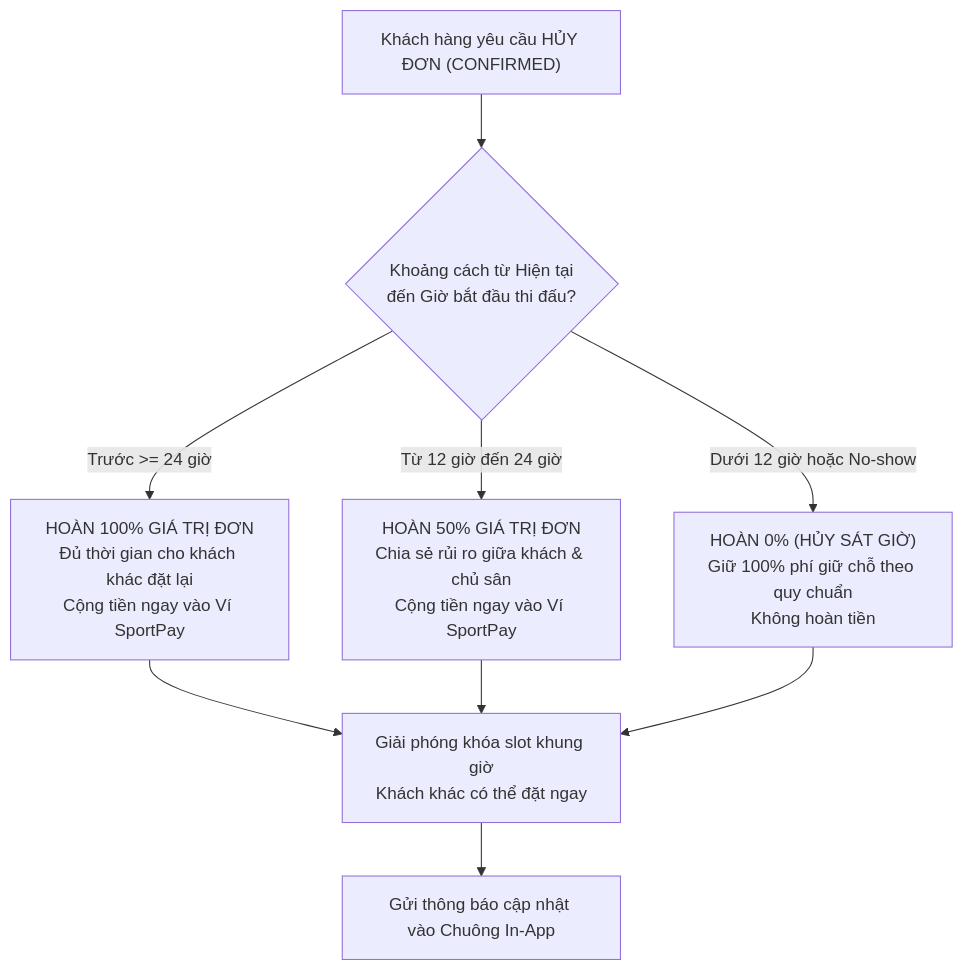
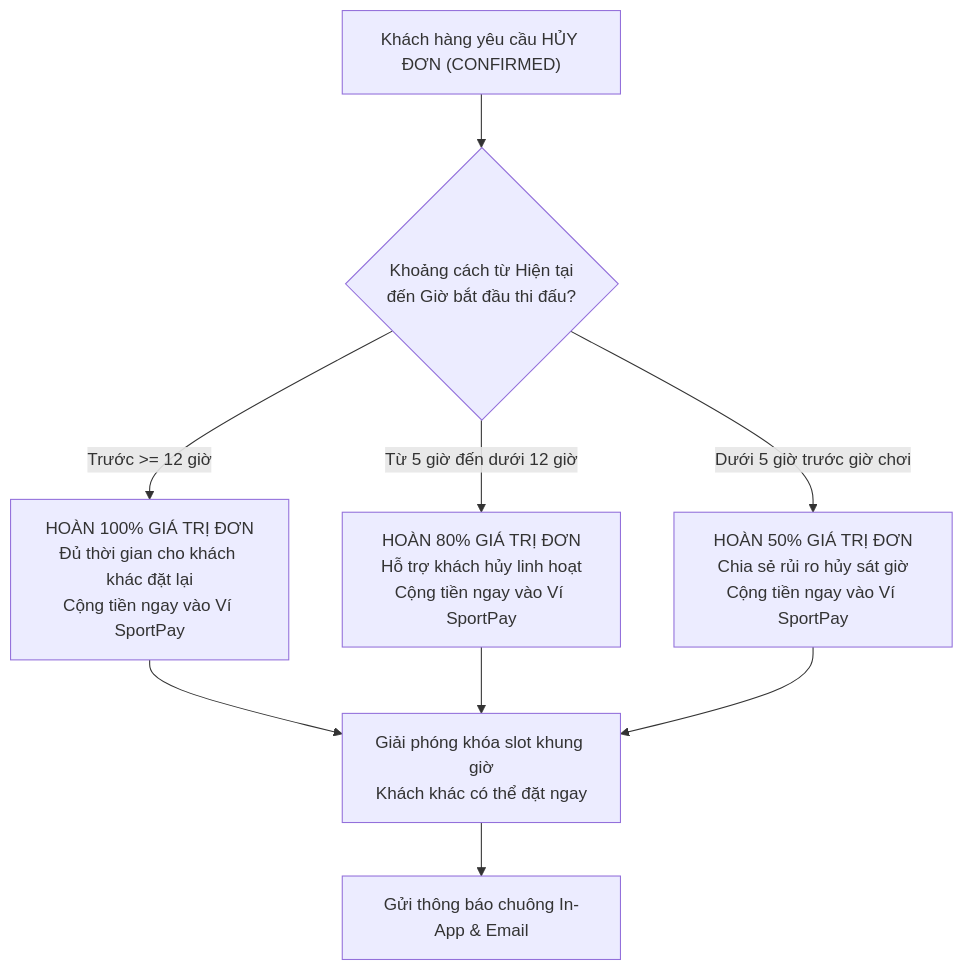
Before and after one commit to dieuiuquinbel/HDV: the seventh of 8 diagrams in KIEN_TRUC_VA_NGHIEP_VU.md, drawn with Mermaid. The commit also changed other lines of this file and 65 other files, not shown here.

````diff
--- a/KIEN_TRUC_VA_NGHIEP_VU.md
+++ b/KIEN_TRUC_VA_NGHIEP_VU.md
@@ -221,13 +228,13 @@
 ```mermaid
 flowchart TD
     CancelReq["Khách hàng yêu cầu HỦY ĐƠN (CONFIRMED)"] --> TimeCheck{"Khoảng cách từ Hiện tại<br/>đến Giờ bắt đầu thi đấu?"}
     
-    TimeCheck -->|Trước >= 24 giờ| Refund100["HOÀN 100% GIÁ TRỊ ĐƠN<br/>Đủ thời gian cho khách khác đặt lại<br/>Cộng tiền ngay vào Ví SportPay"]
-    TimeCheck -->|Từ 12 giờ đến 24 giờ| Refund50["HOÀN 50% GIÁ TRỊ ĐƠN<br/>Chia sẻ rủi ro giữa khách & chủ sân<br/>Cộng tiền ngay vào Ví SportPay"]
-    TimeCheck -->|Dưới 12 giờ hoặc No-show| Refund0["HOÀN 0% (HỦY SÁT GIỜ)<br/>Giữ 100% phí giữ chỗ theo quy chuẩn<br/>Không hoàn tiền"]
+    TimeCheck -->|Trước >= 12 giờ| Refund100["HOÀN 100% GIÁ TRỊ ĐƠN<br/>Đủ thời gian cho khách khác đặt lại<br/>Cộng tiền ngay vào Ví SportPay"]
+    TimeCheck -->|Từ 5 giờ đến dưới 12 giờ| Refund80["HOÀN 80% GIÁ TRỊ ĐƠN<br/>Hỗ trợ khách hủy linh hoạt<br/>Cộng tiền ngay vào Ví SportPay"]
+    TimeCheck -->|Dưới 5 giờ trước giờ chơi| Refund50["HOÀN 50% GIÁ TRỊ ĐƠN<br/>Chia sẻ rủi ro hủy sát giờ<br/>Cộng tiền ngay vào Ví SportPay"]
 
     Refund100 --> ReleaseSlot["Giải phóng khóa slot khung giờ<br/>Khách khác có thể đặt ngay"]
+    Refund80 --> ReleaseSlot
     Refund50 --> ReleaseSlot
-    Refund0 --> ReleaseSlot
-    ReleaseSlot --> Notify["Gửi thông báo cập nhật vào Chuông In-App"]
+    ReleaseSlot --> Notify["Gửi thông báo chuông In-App & Email"]
 ```
````
